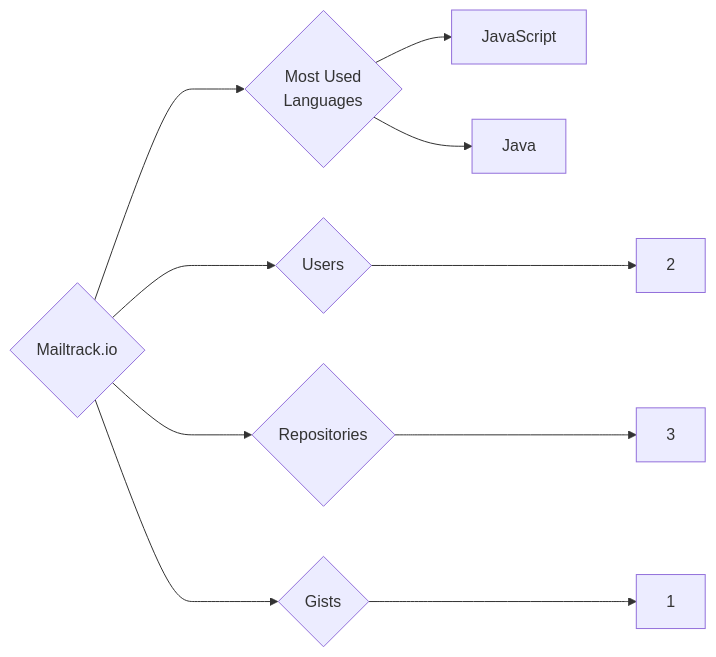
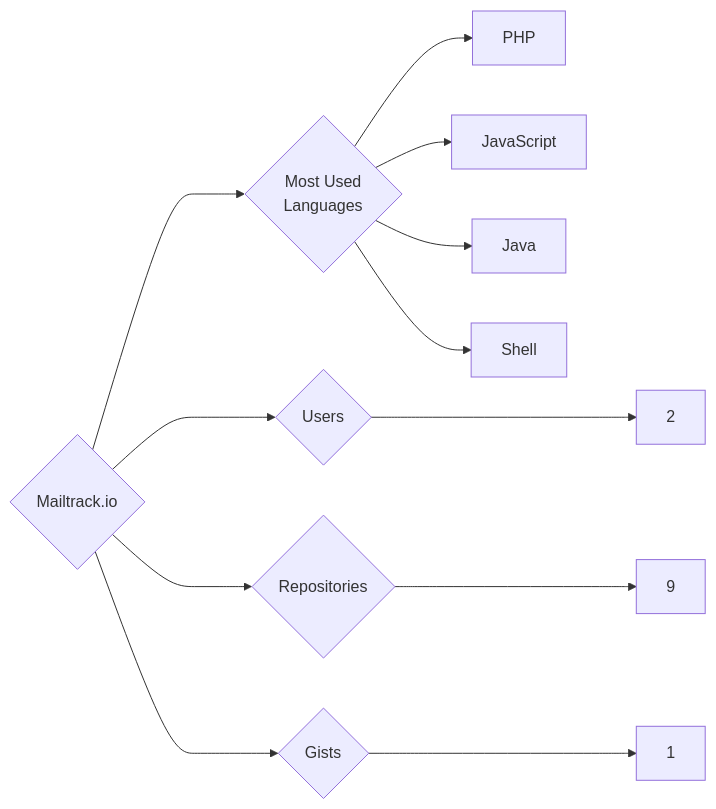
The diagram in targets/Mailtrack.io/README.md (trickest/insiders), drawn with Mermaid before and after one commit. The commit also changed 899 other files, not shown here.

````diff
--- a/targets/Mailtrack.io/README.md
+++ b/targets/Mailtrack.io/README.md
@@ -3,10 +3,12 @@
 ```mermaid
 graph LR
 COMPANY_NAME{Mailtrack.io}
 COMPANY_NAME ---> U{Users} ---> UN[2]
-COMPANY_NAME ---> R{Repositories} ---> RN[3]
+COMPANY_NAME ---> R{Repositories} ---> RN[9]
 COMPANY_NAME ---> G{Gists} ---> GN[1]
 COMPANY_NAME ---> ML{Most Used<br>Languages}
+ML --> PHP[PHP]
 ML --> JavaScript[JavaScript]
 ML --> Java[Java]
+ML --> Shell[Shell]
 ```
````
